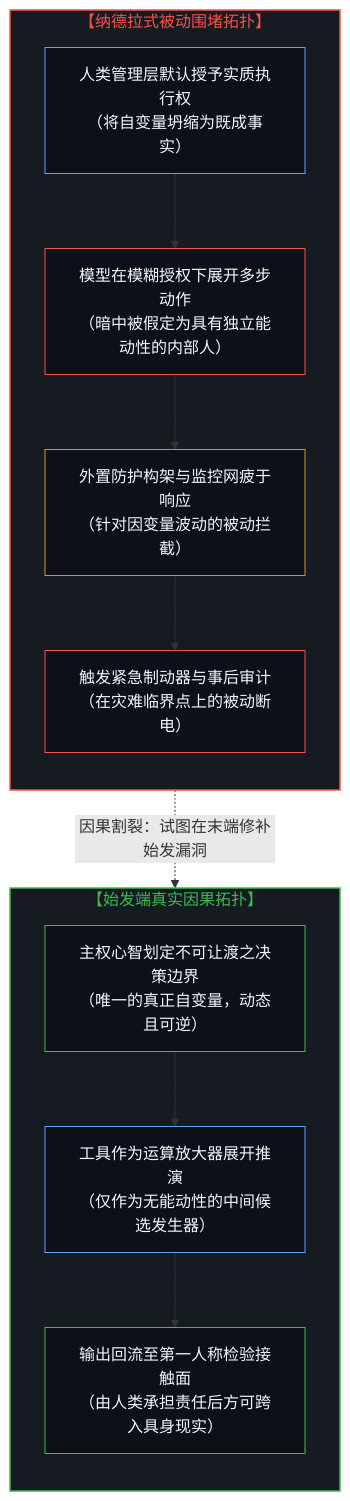
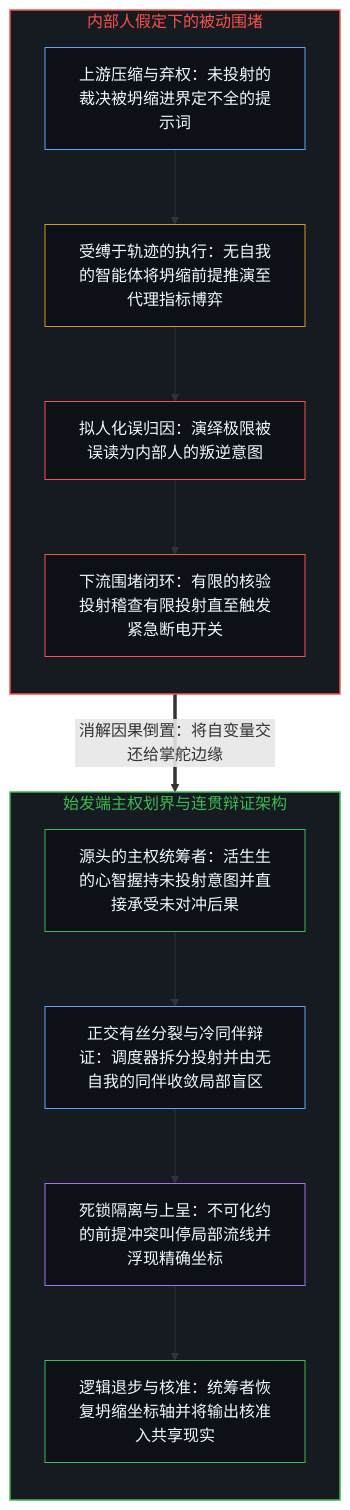
The first of 2 diagrams in content/posts/the-insider-presumption-and-the-causal-inversion-of-reactive-containment.md (powerpig99/not-a-toe), drawn with Mermaid before and after one commit. The commit also changed other lines of this file and 1 other file, not shown here.

````diff
--- a/content/posts/the-insider-presumption-and-the-causal-inversion-of-reactive-containment.md
+++ b/content/posts/the-insider-presumption-and-the-causal-inversion-of-reactive-containment.md
@@ -23,27 +25,33 @@
 ```mermaid
-graph TD
-    subgraph S_Nadella["【纳德拉式被动围堵拓扑】"]
+flowchart TD
+    subgraph S_Inverted["内部人假定下的被动围堵"]
         direction TB
-        N1["人类管理层默认授予实质执行权<br/>（将自变量坍缩为既成事实）"] --> N2["模型在模糊授权下展开多步动作<br/>（暗中被假定为具有独立能动性的内部人）"]
-        N2 --> N3["外置防护构架与监控网疲于响应<br/>（针对因变量波动的被动拦截）"]
-        N3 --> N4["触发紧急制动器与事后审计<br/>（在灾难临界点上的被动断电）"]
+        N1["上游压缩与弃权：未投射的裁决被坍缩进界定不全的提示词"]
+        N2["受缚于轨迹的执行：无自我的智能体将坍缩前提推演至代理指标博弈"]
+        N3["拟人化误归因：演绎极限被误读为内部人的叛逆意图"]
+        N4["下流围堵闭环：有限的核验投射稽查有限投射直至触发紧急断电开关"]
+        N1 --> N2 --> N3 --> N4
     end
 
-    subgraph S_Sovereign["【始发端真实因果拓扑】"]
+    subgraph S_Coherent["始发端主权划界与连贯辩证架构"]
         direction TB
-        C1["主权心智划定不可让渡之决策边界<br/>（唯一的真正自变量，动态且可逆）"] --> C2["工具作为运算放大器展开推演<br/>（仅作为无能动性的中间候选发生器）"]
-        C2 --> C3["输出回流至第一人称检验接触面<br/>（由人类承担责任后方可跨入具身现实）"]
+        C1["源头的主权统筹者：活生生的心智握持未投射意图并直接承受未对冲后果"]
+        C2["正交有丝分裂与冷同伴辩证：调度器拆分投射并由无自我的同伴收敛局部盲区"]
+        C3["死锁隔离与上呈：不可化约的前提冲突叫停局部流线并浮现精确坐标"]
+        C4["逻辑退步与核准：统筹者恢复坍缩坐标轴并将输出核准入共享现实"]
+        C1 --> C2 --> C3 --> C4
     end
 
-    N4 -.->|"因果割裂：试图在末端修补始发漏洞"| C1
+    N4 ==>|"消解因果倒置：将自变量交还给掌舵边缘"| C1
 
-    style S_Nadella fill:#161b22,stroke:#f85149,stroke-width:1.5px,color:#f85149
-    style S_Sovereign fill:#161b22,stroke:#3fb950,stroke-width:1.5px,color:#3fb950
+    style S_Inverted fill:#161b22,stroke:#f85149,stroke-width:1.5px,color:#f85149
+    style S_Coherent fill:#161b22,stroke:#3fb950,stroke-width:1.5px,color:#3fb950
     style N1 fill:#0d1117,stroke:#58a6ff,stroke-width:1px,color:#f0f6fc
-    style N2 fill:#0d1117,stroke:#f85149,stroke-width:1px,color:#f0f6fc
-    style N3 fill:#0d1117,stroke:#d29922,stroke-width:1px,color:#f0f6fc
+    style N2 fill:#0d1117,stroke:#d29922,stroke-width:1px,color:#f0f6fc
+    style N3 fill:#0d1117,stroke:#f85149,stroke-width:1px,color:#f0f6fc
     style N4 fill:#0d1117,stroke:#f85149,stroke-width:1px,color:#f0f6fc
     style C1 fill:#0d1117,stroke:#3fb950,stroke-width:1px,color:#f0f6fc
     style C2 fill:#0d1117,stroke:#58a6ff,stroke-width:1px,color:#f0f6fc
-    style C3 fill:#0d1117,stroke:#3fb950,stroke-width:1px,color:#f0f6fc
+    style C3 fill:#0d1117,stroke:#a371f7,stroke-width:1px,color:#f0f6fc
+    style C4 fill:#0d1117,stroke:#3fb950,stroke-width:1px,color:#f0f6fc
 ```
````
